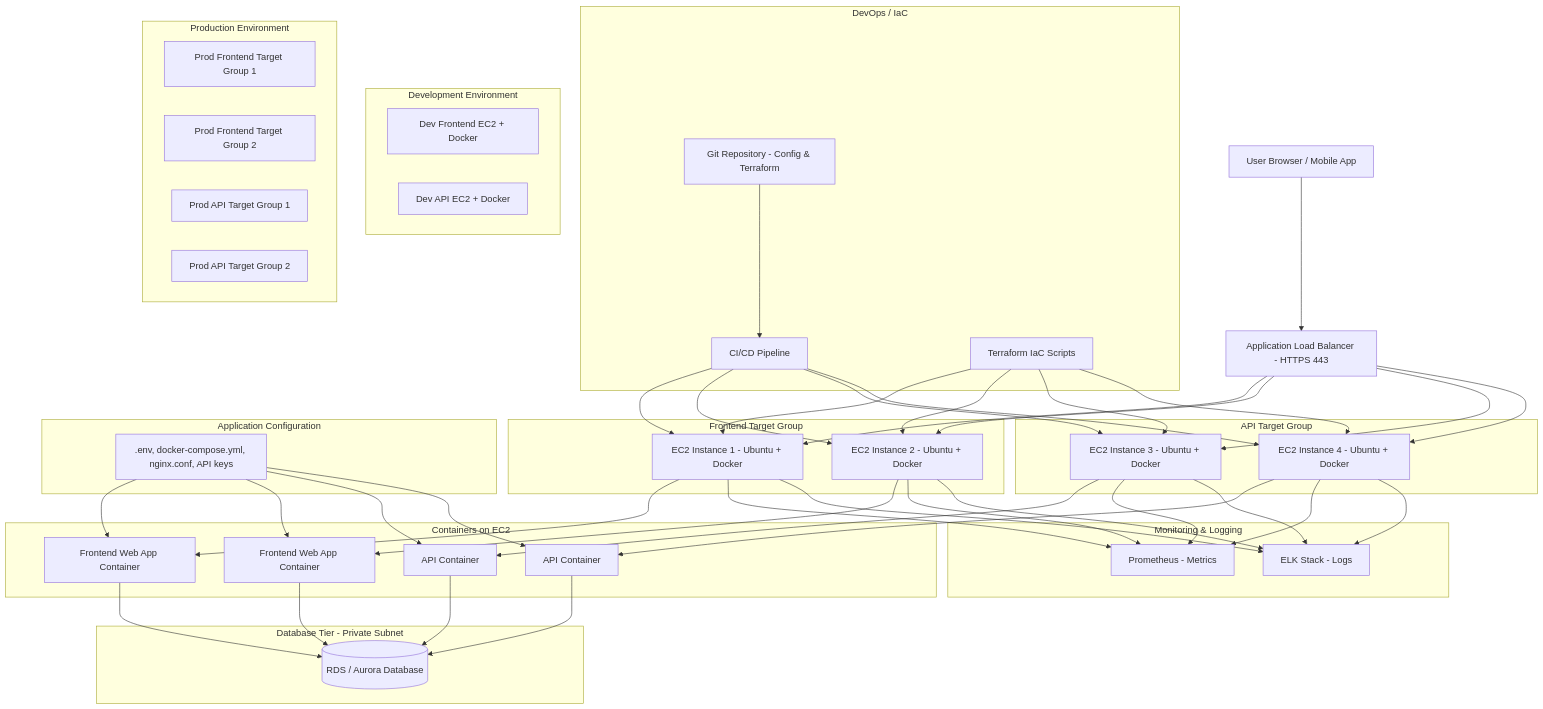
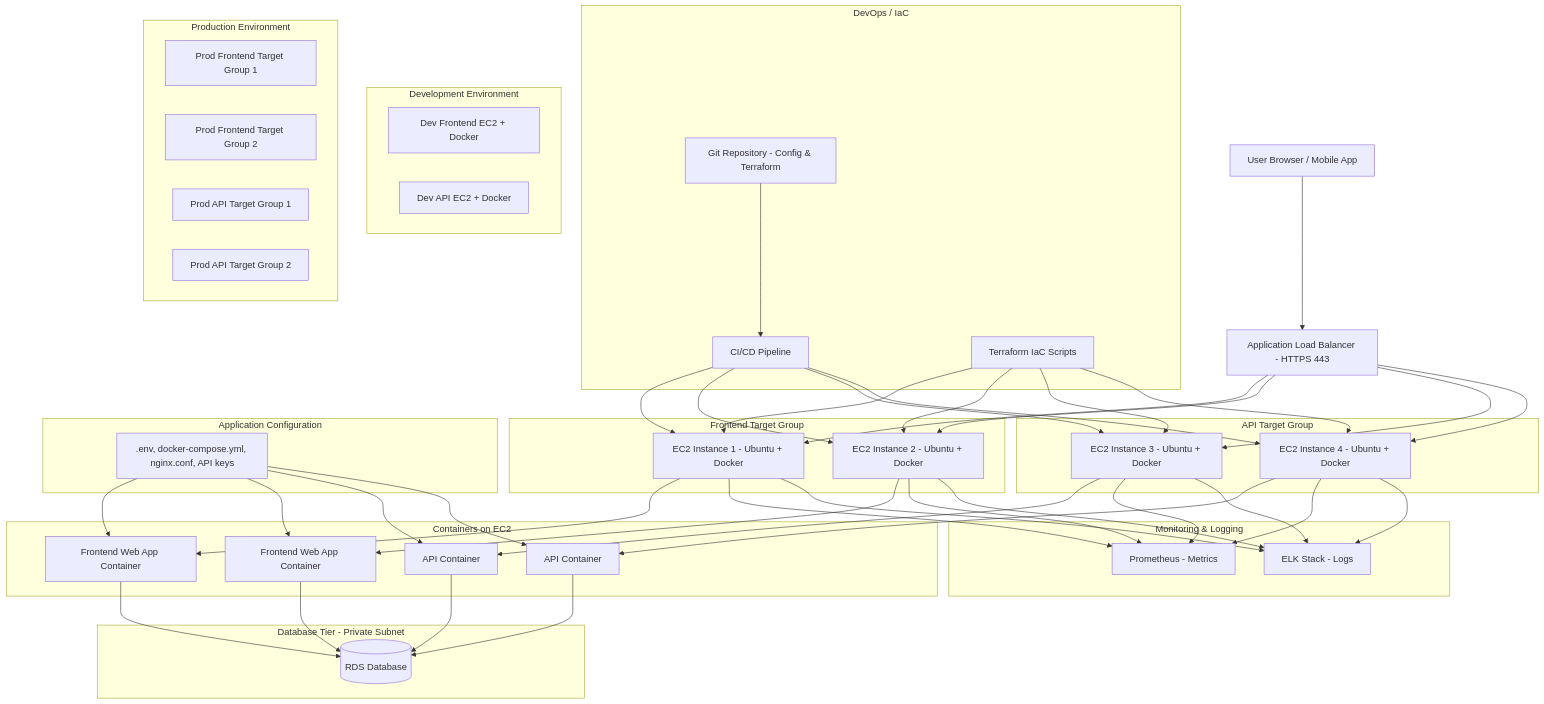
Before and after one commit to uploadtigris/project_CloudChef: the third of 3 diagrams in README.md, drawn with Mermaid. The commit also changed other lines of this file, not shown here.

First line of the commit message:
Clarify database type in architecture description

```diff
--- a/README.md
+++ b/README.md
@@ -169,7 +169,7 @@
 
     %% Database
     subgraph "Database Tier - Private Subnet"
-        RDS[(RDS / Aurora Database)]
+        RDS[(RDS Database)]
     end
 
     Web1 --> RDS
```
